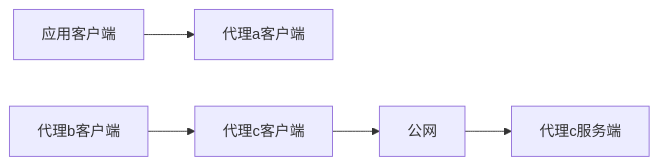
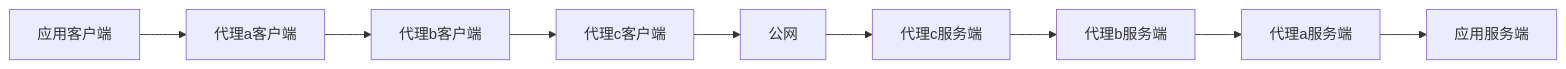
Before and after one commit to louiesun/stackedit-app-data: the second of 2 diagrams in GFW的原理及绕过.md, drawn with Mermaid. The commit also changed other lines of this file, not shown here.

````diff
--- a/GFW的原理及绕过.md
+++ b/GFW的原理及绕过.md
@@ -276,8 +276,11 @@
 ```mermaid
 graph LR
 应用客户端 --> 代理a客户端
+代理a客户端 --> 代理b客户端
 代理b客户端 --> 代理c客户端
 代理c客户端 --> 公网
 公网 --> 代理c服务端
-代理c服务端
+代理c服务端 --> 代理b服务端
+代理b服务端 --> 代理a服务端
+代理a服务端 --> 应用服务端
 ```
````
